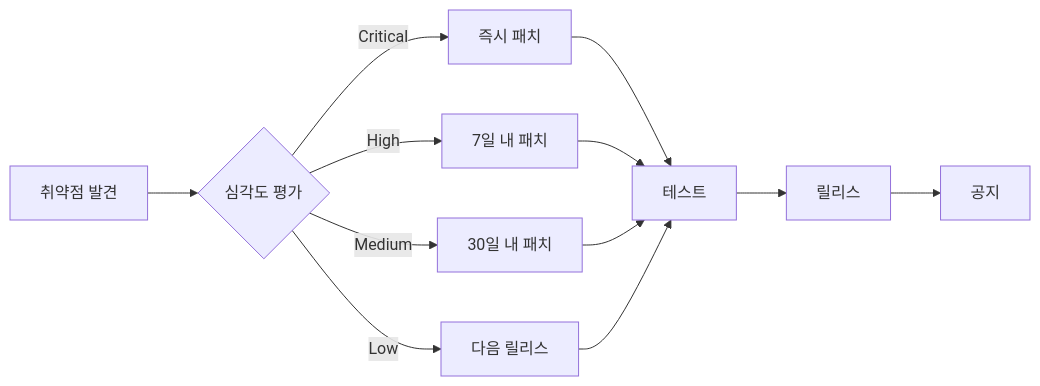
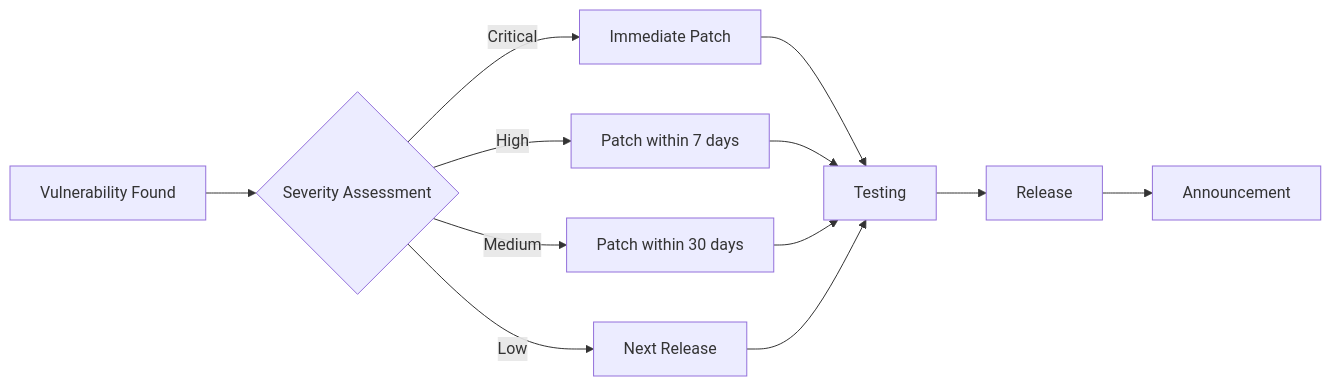
The diagram in SECURITY.md (iml1111/musashi), drawn with Mermaid before and after one commit. The commit also changed other lines of this file and 4 other files, not shown here.

````diff
--- a/SECURITY.md
+++ b/SECURITY.md
@@ -307,14 +307,14 @@
 ```mermaid
 graph LR
-    A[취약점 발견] --> B{심각도 평가}
-    B -->|Critical| C[즉시 패치]
-    B -->|High| D[7일 내 패치]
-    B -->|Medium| E[30일 내 패치]
-    B -->|Low| F[다음 릴리스]
-    C --> G[테스트]
+    A[Vulnerability Found] --> B{Severity Assessment}
+    B -->|Critical| C[Immediate Patch]
+    B -->|High| D[Patch within 7 days]
+    B -->|Medium| E[Patch within 30 days]
+    B -->|Low| F[Next Release]
+    C --> G[Testing]
     D --> G
     E --> G
     F --> G
-    G --> H[릴리스]
-    H --> I[공지]
+    G --> H[Release]
+    H --> I[Announcement]
 ```
````
